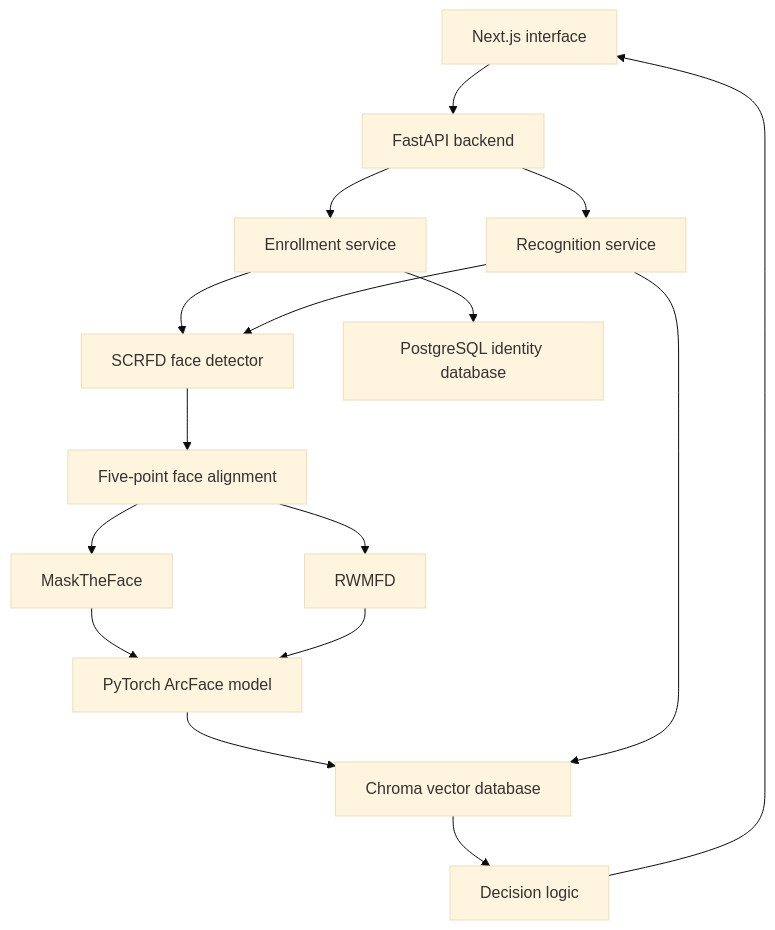
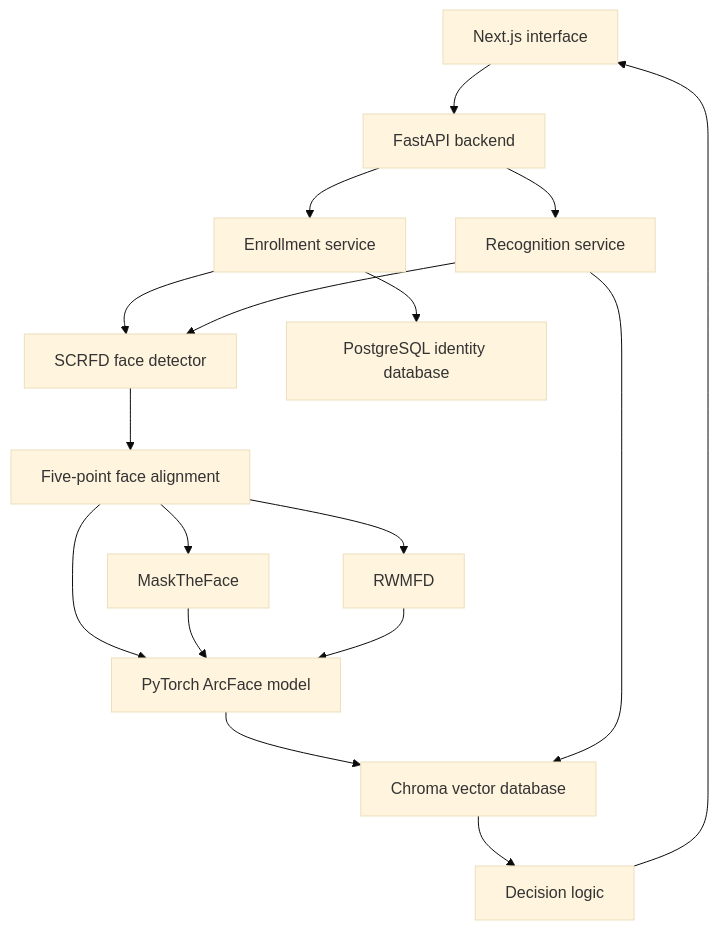
Before and after one commit to varunaditya27/Project_ARGUS: the second of 2 diagrams in docs/design.md, drawn with Mermaid (base theme).

Commit message:
design change

````diff
--- a/docs/design.md
+++ b/docs/design.md
@@ -48,24 +48,25 @@
 ``` mermaid
 flowchart TB
     UI["Next.js interface"] --> API["FastAPI backend"]
 
     API --> ENROLL["Enrollment service"]
     API --> RECOGNIZE["Recognition service"]
 
     ENROLL --> SCRFD["SCRFD face detector"]
     RECOGNIZE --> SCRFD
 
     SCRFD --> ALIGN["Five-point face alignment"]
+    ALIGN --> ARCFACE["PyTorch ArcFace model"]
     ALIGN --> MASK1["MaskTheFace"]
     ALIGN --> MASK2["RWMFD"]
 
     MASK1["MaskTheFace"] --> ARCFACE["PyTorch ArcFace model"]
     MASK2["RWMFD"] --> ARCFACE["PyTorch ArcFace model"]
 
     ARCFACE --> CHROMA["Chroma vector database"]
     ENROLL --> POSTGRESQL["PostgreSQL identity database"]
 
     RECOGNIZE --> CHROMA
     CHROMA --> DECISION["Decision logic"]
     DECISION --> UI
 ```
````
